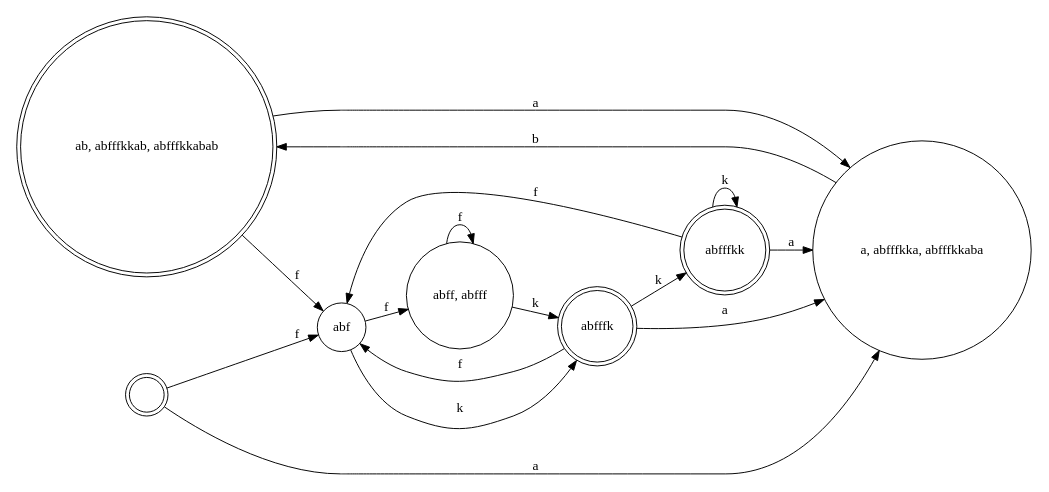
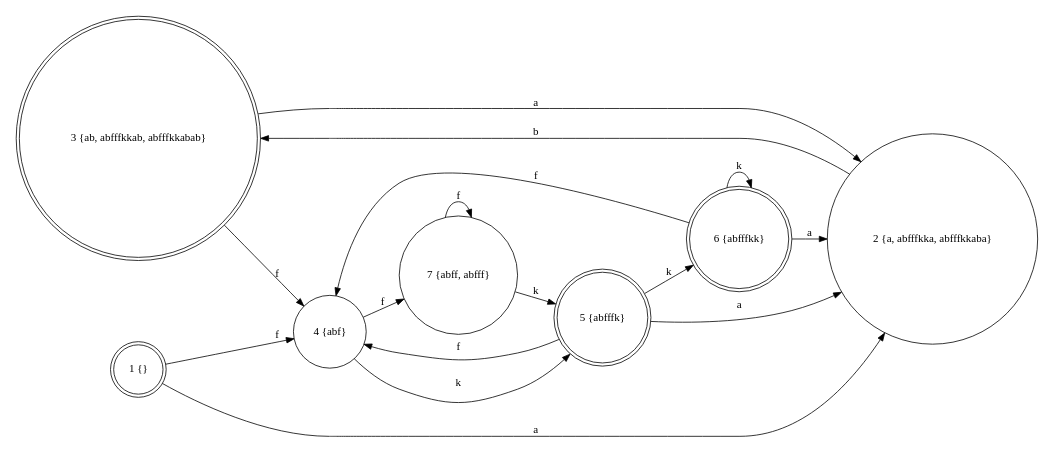
Before and after one commit to leegao/LuaInLua: the diagram in test.dot, drawn with Graphviz. The commit also changed 3 other files, not shown here.

```diff
--- a/test.dot
+++ b/test.dot
@@ -1,28 +1,29 @@
+
 digraph {
   rankdir=LR;
   size="8,5"
   node[shape=doublecircle,label=""]; 3 6 1 5;
   node[shape=circle,label=""];
- 4[label="abf"];
- 1[label=""];
- 5[label="abfffk"];
- 2[label="a, abfffkka, abfffkkaba"];
- 6[label="abfffkk"];
- 7[label="abff, abfff"];
- 3[label="ab, abfffkkab, abfffkkabab"];
+  4[label="4 {abf}"];
+  1[label="1 {}"];
+  5[label="5 {abfffk}"];
+  2[label="2 {a, abfffkka, abfffkkaba}"];
+  6[label="6 {abfffkk}"];
+  7[label="7 {abff, abfff}"];
+  3[label="3 {ab, abfffkkab, abfffkkabab}"];
   4 -> 7[label="f"];
   4 -> 5[label="k"];
   1 -> 2[label="a"];
   1 -> 4[label="f"];
   5 -> 4[label="f"];
   5 -> 6[label="k"];
   5 -> 2[label="a"];
   2 -> 3[label="b"];
   6 -> 4[label="f"];
   6 -> 6[label="k"];
   6 -> 2[label="a"];
   7 -> 7[label="f"];
   7 -> 5[label="k"];
   3 -> 2[label="a"];
   3 -> 4[label="f"];
 }
```
